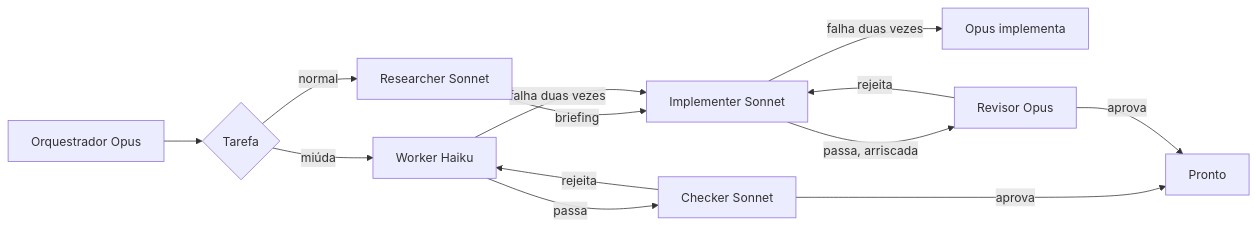
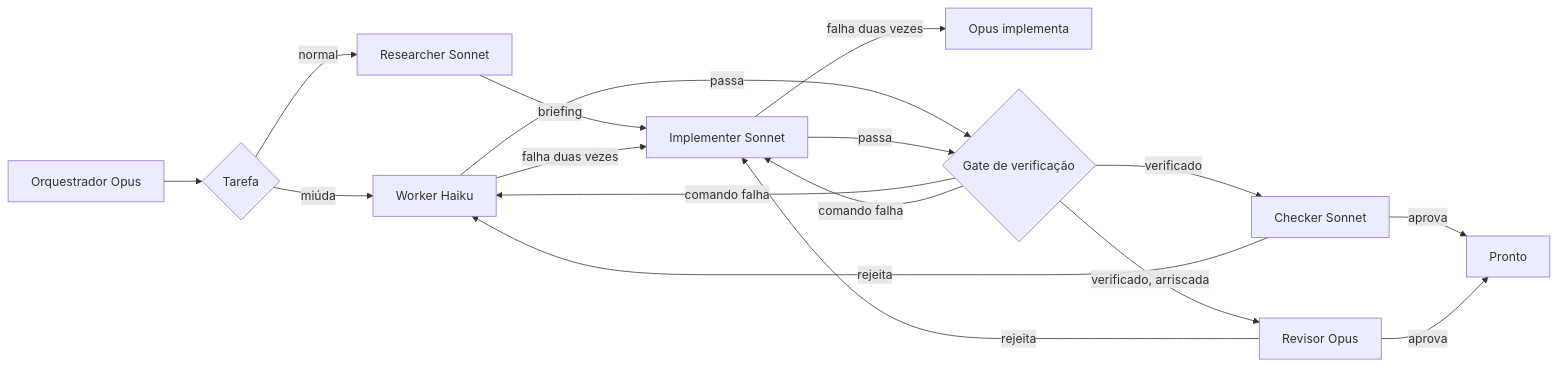
The diagram in README.pt-BR.md (edsoncantuaria/cc-tiers), drawn with Mermaid before and after one commit. The commit also changed other lines of this file and 5 other files, not shown here.

Commit message:
Docs e versão 0.7.0: gate de verificação e revisão com evidência

````diff
--- a/README.pt-BR.md
+++ b/README.pt-BR.md
@@ -55,15 +55,19 @@
 ```mermaid
 flowchart LR
     A[Orquestrador Opus] --> B{Tarefa}
     B -- miúda --> C[Worker Haiku]
     B -- normal --> R[Researcher Sonnet]
     R -- briefing --> D[Implementer Sonnet]
     C -- falha duas vezes --> D
     D -- falha duas vezes --> E[Opus implementa]
-    C -- passa --> H[Checker Sonnet]
-    D -- passa, arriscada --> F[Revisor Opus]
+    C -- passa --> V{Gate de verificação}
+    D -- passa --> V
+    V -- comando falha --> C
+    V -- comando falha --> D
+    V -- verificado --> H[Checker Sonnet]
+    V -- verificado, arriscada --> F[Revisor Opus]
     H -- rejeita --> C
     F -- rejeita --> D
     H -- aprova --> G[Pronto]
     F -- aprova --> G
 ```
````
